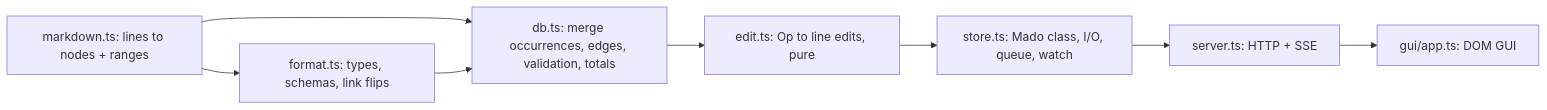
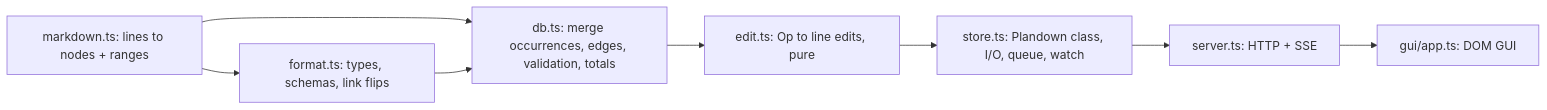
The diagram in DevNotes.md (LMauricius/Plandown), drawn with Mermaid before and after one commit. The commit also changed other lines of this file and 17 other files, not shown here.

````diff
--- a/DevNotes.md
+++ b/DevNotes.md
@@ -5,10 +5,10 @@
 ```mermaid
 flowchart LR
   md[markdown.ts: lines to nodes + ranges] --> fmt[format.ts: types, schemas, link flips]
   md --> db[db.ts: merge occurrences, edges, validation, totals]
   fmt --> db
   db --> edit[edit.ts: Op to line edits, pure]
-  edit --> store[store.ts: Mado class, I/O, queue, watch]
+  edit --> store[store.ts: Plandown class, I/O, queue, watch]
   store --> server[server.ts: HTTP + SSE]
   server --> gui[gui/app.ts: DOM GUI]
 ```
````
